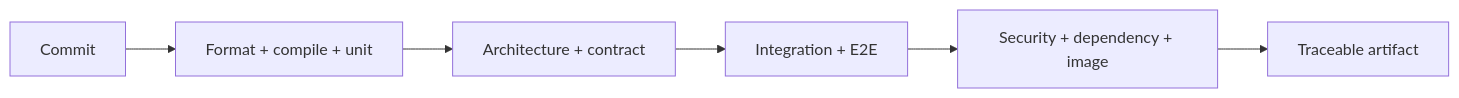
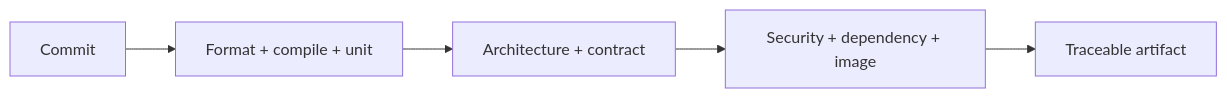
One commit to migangdelzar/emme-service changed the diagram in docs/architecture/04-delivery/ci.md. Above: the diagram before and after it, drawn with Mermaid. The commit also changed other lines of this file and 7 other files, not shown here.

````diff
--- a/docs/architecture/04-delivery/ci.md
+++ b/docs/architecture/04-delivery/ci.md
@@ -27,8 +23,7 @@
 ```mermaid
 flowchart LR
     COMMIT[Commit] --> FAST[Format + compile + unit]
     FAST --> ARCH[Architecture + contract]
-    ARCH --> INTEGRATION[Integration + E2E]
-    INTEGRATION --> SECURITY[Security + dependency + image]
+    ARCH --> SECURITY[Security + dependency + image]
     SECURITY --> ARTIFACT[Traceable artifact]
 ```
````
